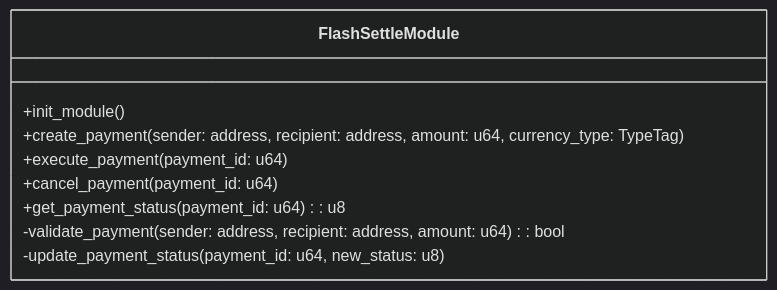
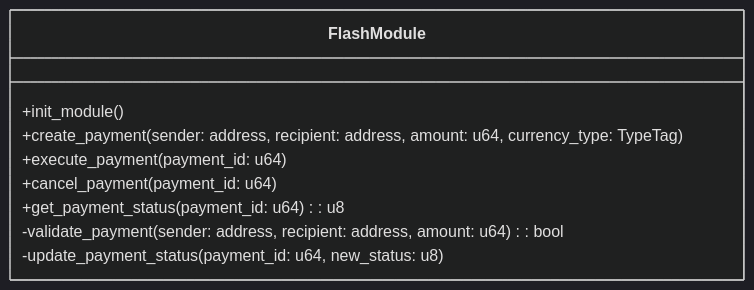
One commit to jaffarkeikei/Flash-spurhacks changed the first of 6 diagrams in docs/smart-contracts.md. Above: the diagram before and after it, drawn with Mermaid (dark theme). The commit also changed other lines of this file and 3 other files, not shown here.

Commit message:
docs: update branding from FlashSettle to Flash

````diff
--- a/docs/smart-contracts.md
+++ b/docs/smart-contracts.md
@@ -18,12 +18,12 @@
 ```mermaid
 classDiagram
-    class FlashSettleModule {
+    class FlashModule {
         +init_module()
         +create_payment(sender: address, recipient: address, amount: u64, currency_type: TypeTag)
         +execute_payment(payment_id: u64)
         +cancel_payment(payment_id: u64)
         +get_payment_status(payment_id: u64): u8
         -validate_payment(sender: address, recipient: address, amount: u64): bool
         -update_payment_status(payment_id: u64, new_status: u8)
     }
 ```
````
